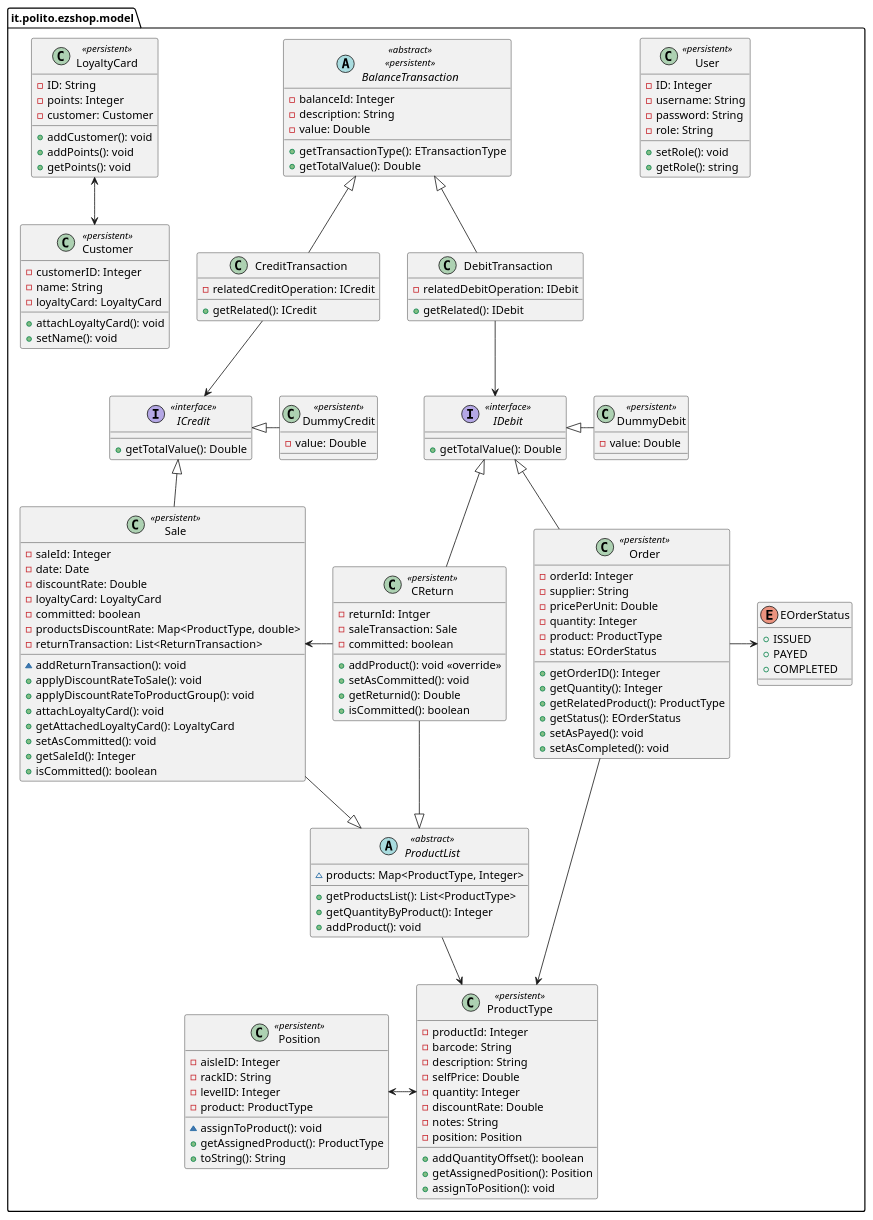
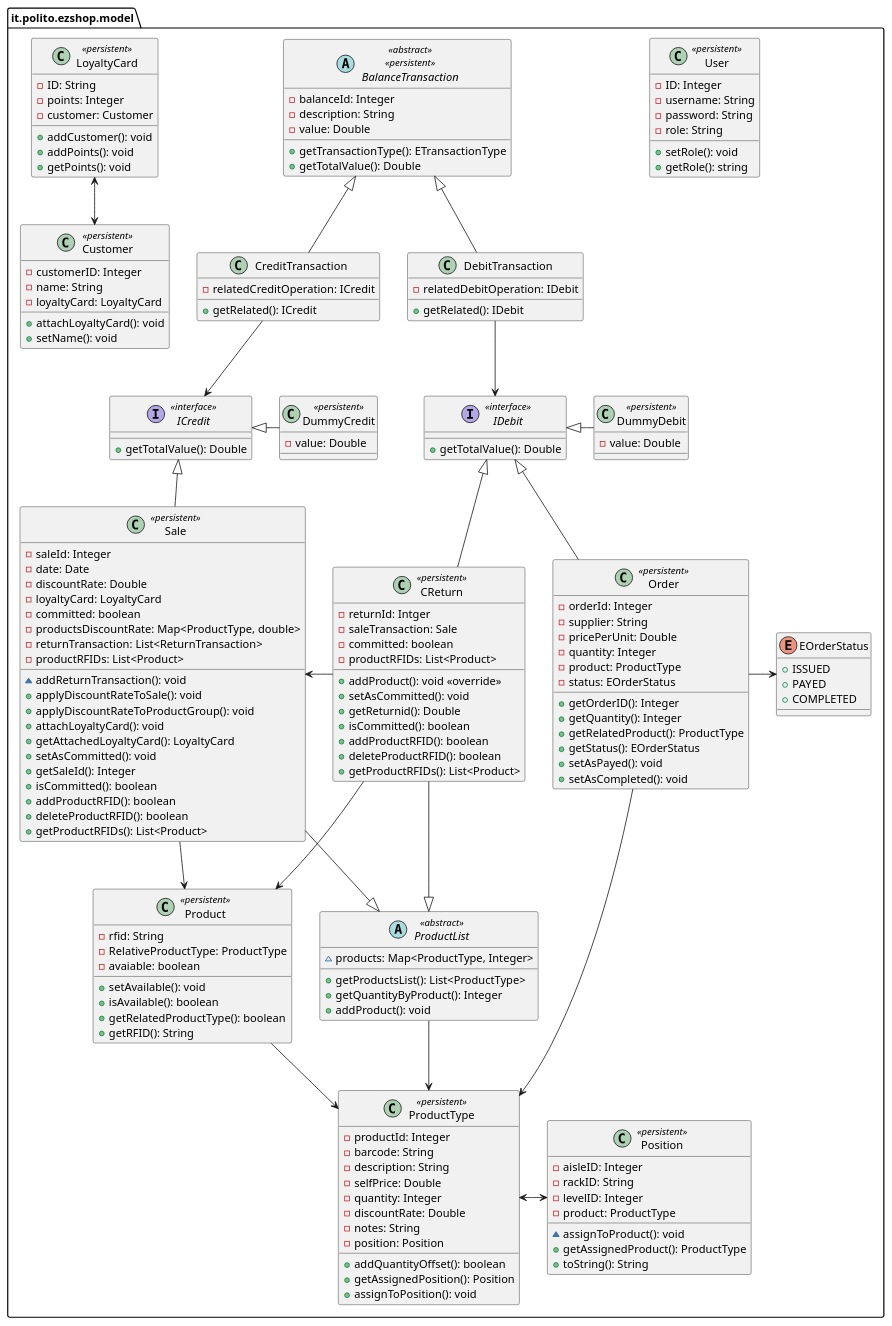
Before and after one commit to thegabriele97/EzShop: the third of 8 diagrams in Deliverables/DesignDocument.md, drawn with PlantUML. The commit also changed other lines of this file, not shown here.

Commit message:
docs: update Design Doc for release 2

```diff
--- a/Deliverables/DesignDocument.md
+++ b/Deliverables/DesignDocument.md
@@ -264,6 +264,16 @@
         +addQuantityOffset(): boolean
         +getAssignedPosition(): Position
         +assignToPosition(): void
+    }
+
+    class Product <<persistent>> {
+        -rfid: String
+        -RelativeProductType: ProductType
+        -avaiable: boolean
+        +setAvailable(): void
+        +isAvailable(): boolean
+        +getRelatedProductType(): boolean
+        +getRFID(): String
     }
 
     class Position <<persistent>> {
@@ -291,6 +301,7 @@
         -committed: boolean
         -productsDiscountRate: Map<ProductType, double>
         -returnTransaction: List<ReturnTransaction>
+        -productRFIDs: List<Product>
         ~addReturnTransaction(): void
         +applyDiscountRateToSale(): void
         +applyDiscountRateToProductGroup(): void
@@ -299,16 +310,23 @@
         +setAsCommitted(): void
         +getSaleId(): Integer
         +isCommitted(): boolean
+        +addProductRFID(): boolean
+        +deleteProductRFID(): boolean
+        +getProductRFIDs(): List<Product>
     }
 
     class CReturn <<persistent>> {
         -returnId: Intger
         -saleTransaction: Sale
         -committed: boolean
+        -productRFIDs: List<Product>
         +addProduct(): void <<override>>
         +setAsCommitted(): void
         +getReturnid(): Double
         +isCommitted(): boolean
+        +addProductRFID(): boolean
+        +deleteProductRFID(): boolean
+        +getProductRFIDs(): List<Product>
     }
 
     enum EOrderStatus {
@@ -383,8 +401,12 @@
         -value: Double
     }
 
-    ProductType <-left-> Position
+    ProductType <-right-> Position
+    Product -right-> ProductType
     Sale <-right- CReturn
+
+    Sale --> Product
+    CReturn --> Product
 
     LoyaltyCard <--> Customer
     'Sale <-down-> LoyaltyCard
```
